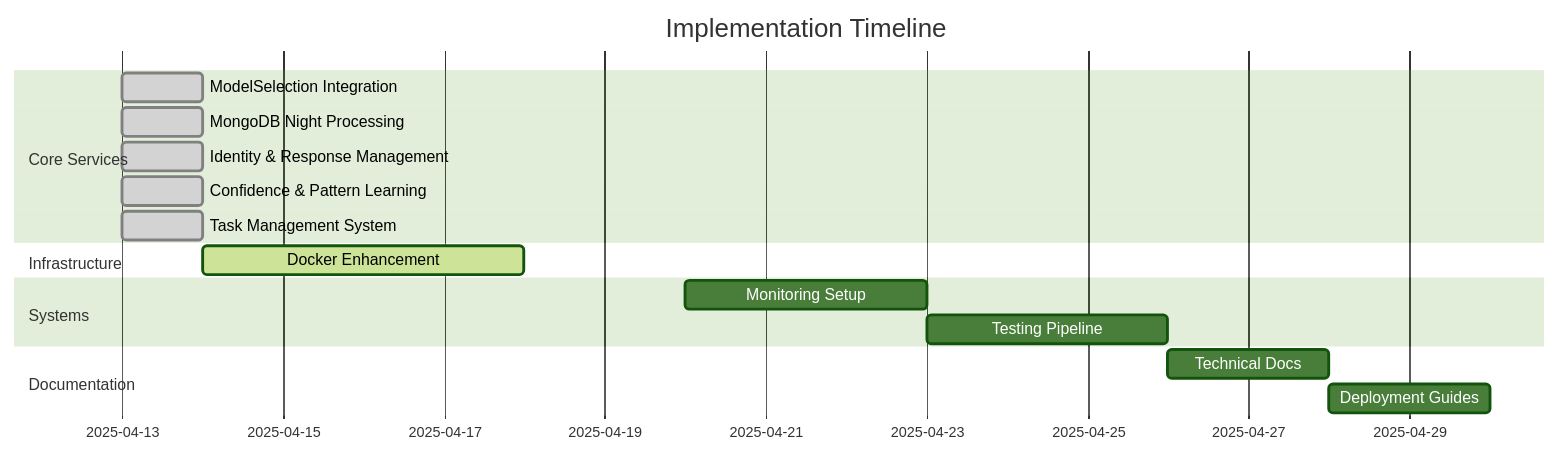
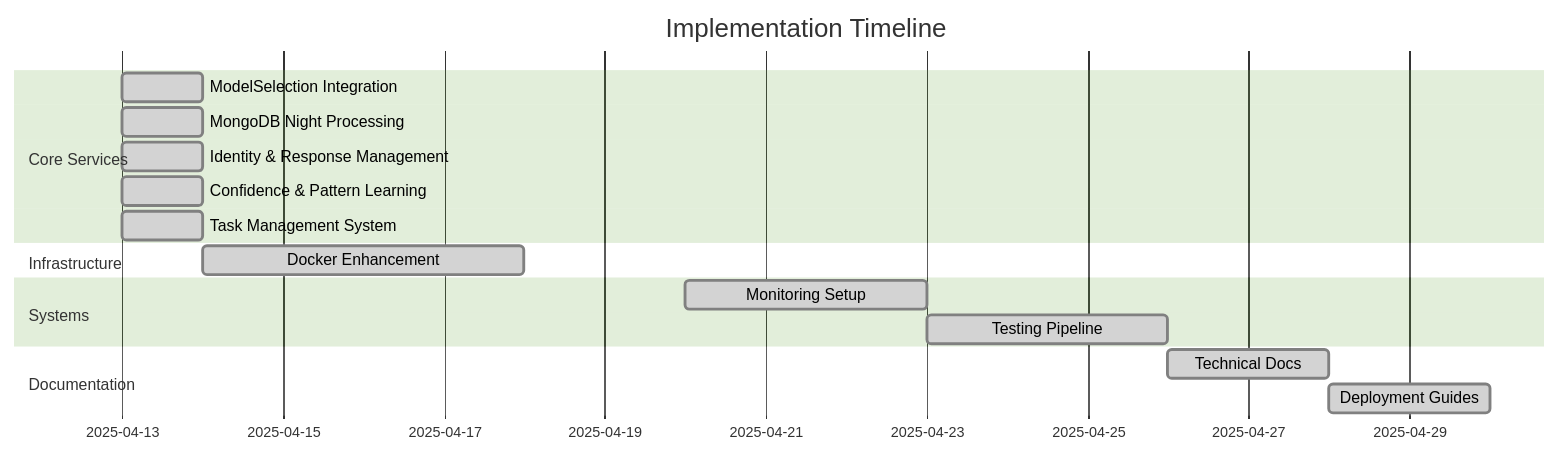
One commit to alanchelmickjr/memoRable changed the second of 2 diagrams in memoRable_implementation_plan.md. Above: the diagram before and after it, drawn with Mermaid (forest theme). The commit also changed other lines of this file and 8 other files, not shown here.

Commit message:
monitoring dashboard grafana and testing pipeline

````diff
--- a/memoRable_implementation_plan.md
+++ b/memoRable_implementation_plan.md
@@ -154,19 +181,19 @@
 ```mermaid
 gantt
     title Implementation Timeline
     dateFormat  YYYY-MM-DD
     section Core Services
     ModelSelection Integration    :done, 2025-04-13, 1d
     MongoDB Night Processing     :done, 2025-04-13, 1d
     Identity & Response Management :done, 2025-04-13, 1d
     Confidence & Pattern Learning :done, 2025-04-13, 1d
     Task Management System       :done, 2025-04-13, 1d
     section Infrastructure
-    Docker Enhancement     :active, 2025-04-14, 4d
+    Docker Enhancement     :done, 2025-04-14, 4d
     section Systems
-    Monitoring Setup      :2025-04-20, 3d
-    Testing Pipeline      :2025-04-23, 3d
+    Monitoring Setup      :done, 2025-04-20, 3d
+    Testing Pipeline      :done, 2025-04-23, 3d
     section Documentation
-    Technical Docs        :2025-04-26, 2d
-    Deployment Guides     :2025-04-28, 2d
+    Technical Docs        :done, 2025-04-26, 2d
+    Deployment Guides     :done, 2025-04-28, 2d
 ```
````
